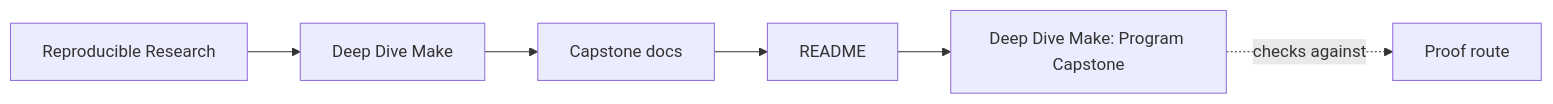
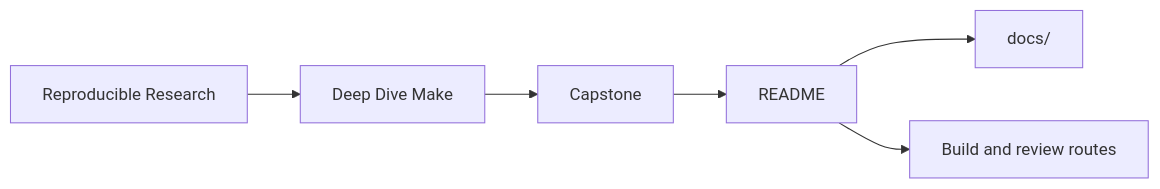
Before and after one commit to bijux/bijux-masterclass: the first of 3 diagrams in programs/reproducible-research/deep-dive-make/capstone/README.md, drawn with Mermaid. The commit also changed other lines of this file, not shown here.

Commit message:
docs(deep-dive-make): make capstone root question-first

````diff
--- a/programs/reproducible-research/deep-dive-make/capstone/README.md
+++ b/programs/reproducible-research/deep-dive-make/capstone/README.md
@@ -7,12 +6,8 @@
 ```mermaid
 graph LR
-  family["Reproducible Research"]
-  program["Deep Dive Make"]
-  guide["Capstone docs"]
-  section["README"]
-  page["Deep Dive Make: Program Capstone"]
-  proof["Proof route"]
-
-  family --> program --> guide --> section --> page
-  page -.checks against.-> proof
+  family["Reproducible Research"] --> program["Deep Dive Make"]
+  program --> capstone["Capstone"]
+  capstone --> readme["README"]
+  readme --> docs["docs/"]
+  readme --> proof["Build and review routes"]
 ```
````
